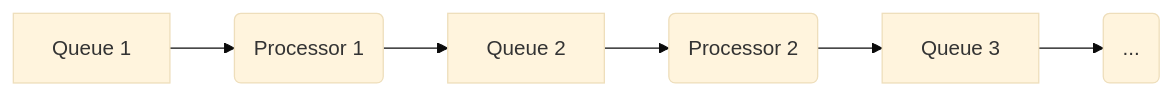
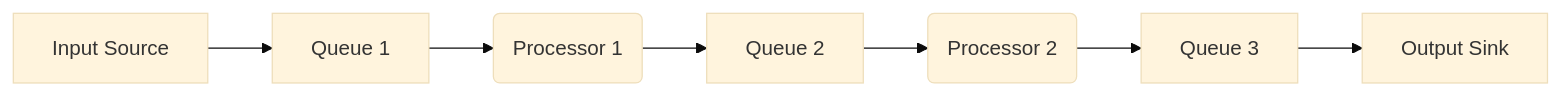
One commit to CodingRookie98/FaceFusionCpp changed the second of 2 diagrams in docs/dev_docs/design.md. Above: the diagram before and after it, drawn with Mermaid (base theme). The commit also changed other lines of this file, not shown here.

````diff
--- a/docs/dev_docs/design.md
+++ b/docs/dev_docs/design.md
@@ -422,8 +408,9 @@
 ```mermaid
 graph LR
+    Input[Input Source] --> Q1
     Q1[Queue 1] --> P1(Processor 1)
     P1 --> Q2[Queue 2]
     Q2 --> P2(Processor 2)
     P2 --> Q3[Queue 3]
-    Q3 --> Pn(...)
+    Q3 --> Output[Output Sink]
 ```
````
